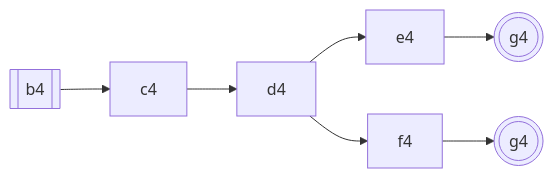
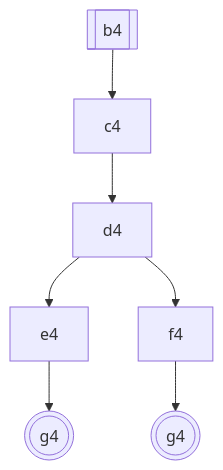
Diagram 22 of 22 in Blog/GLR-Refactoring/Mermaid.md (vczh-websites/vczh), drawn with Mermaid before and after one commit.

````diff
--- a/Blog/GLR-Refactoring/Mermaid.md
+++ b/Blog/GLR-Refactoring/Mermaid.md
@@ -599,6 +599,6 @@
 ```mermaid
-graph LR
+graph TD
   b4[[b4]]-->c4-->d4 --> e4 & f4
   e4-->g4_1(((g4)))
   f4-->g4_2(((g4)))
 ```
````
